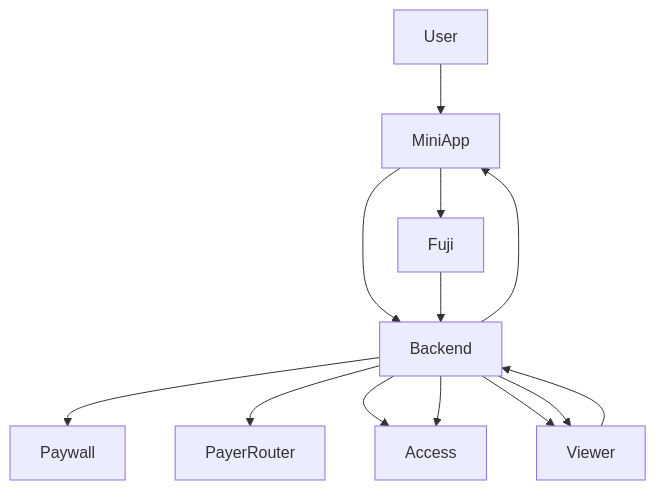
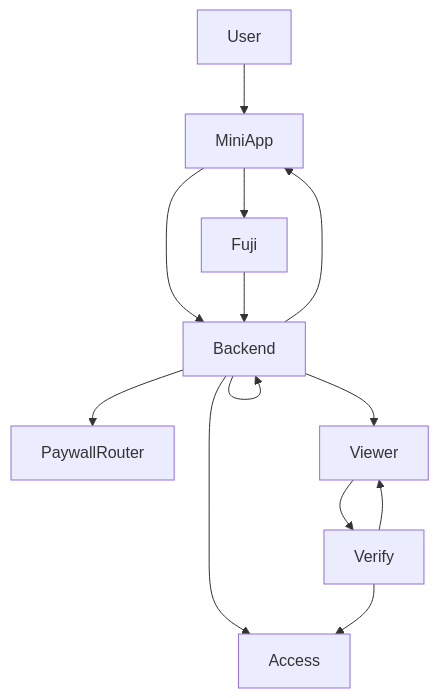
The diagram in README.md (tapilew/payer-tiger), drawn with Mermaid before and after one commit. The commit also changed other lines of this file, not shown here.

````diff
--- a/README.md
+++ b/README.md
@@ -94,24 +94,24 @@
 ```mermaid
 graph TD
     A[User]
     B[MiniApp]
     C[Backend]
-    D[Paywall]
-    E[PayerRouter]
+    D[PaywallRouter]
     F[Fuji]
     G[Access]
     H[Viewer]
+    I[Verify]
 
     A --> B
     B --> C
     C --> D
-    C --> E
+    C --> C
     C --> B
     B --> F
     F --> C
     C --> G
     C --> H
-    H --> C
-    C --> G
-    C --> H
+    H --> I
+    I --> G
+    I --> H
 ```
````
